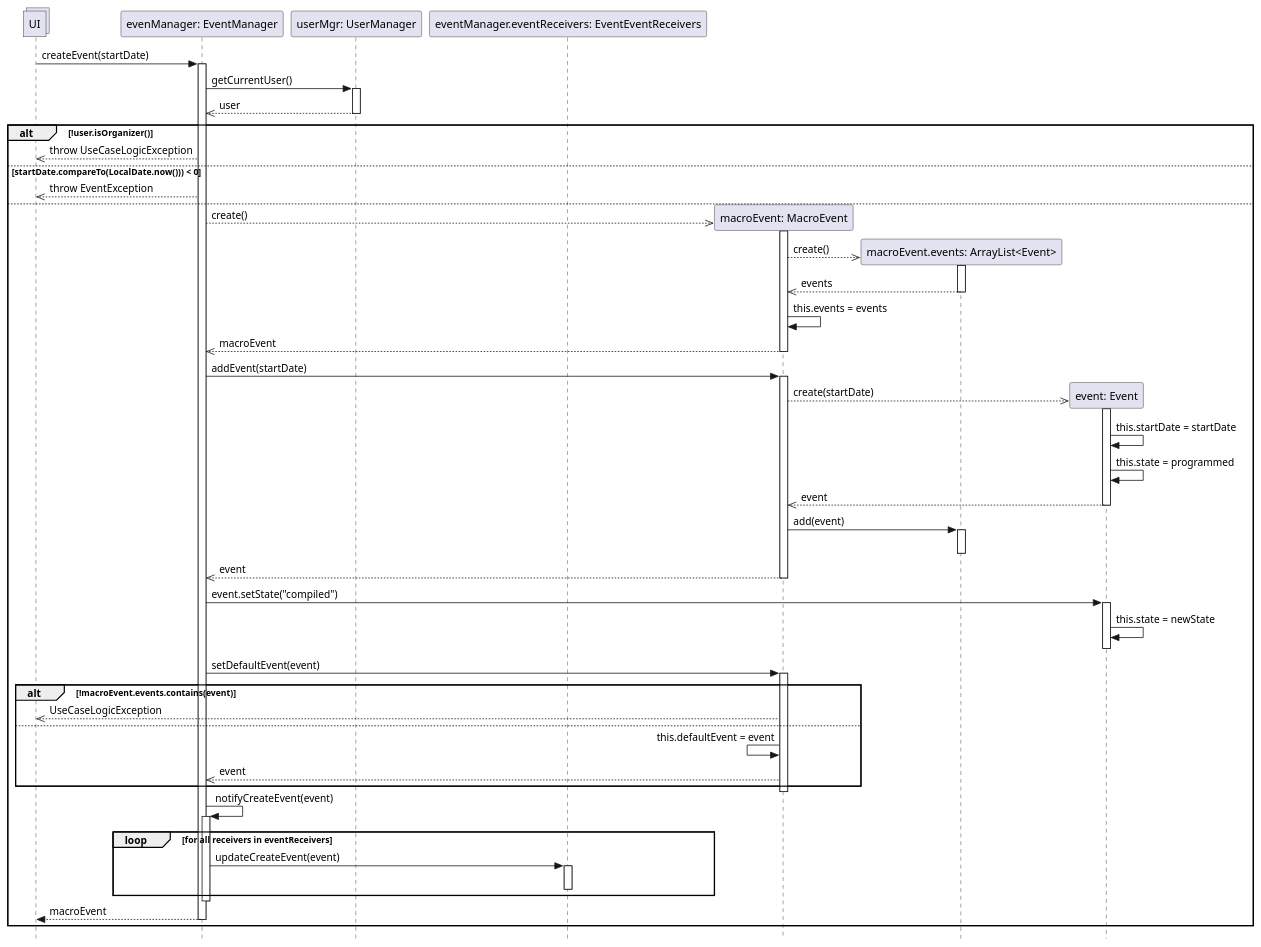
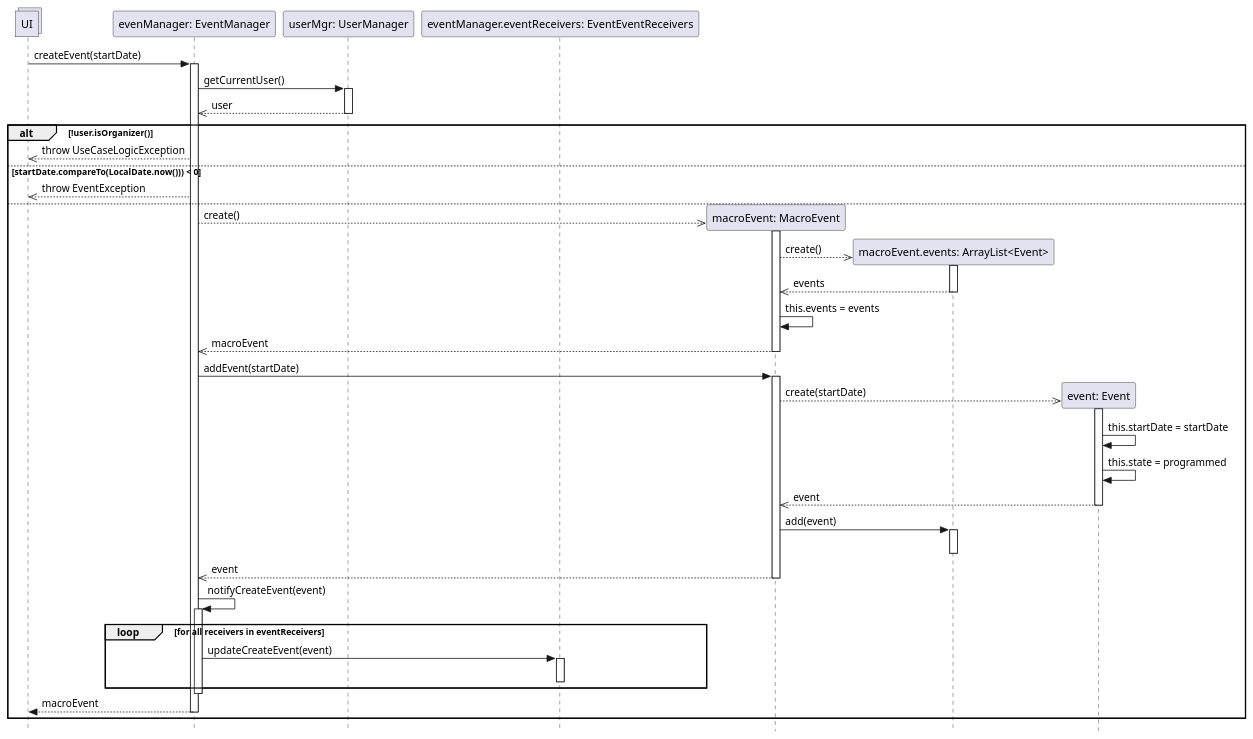
The diagram in UP/Progettazione/UC Gestire Eventi/DSD/DSD Operazione 1.puml (stefa168/sas-project), drawn with PlantUML before and after one commit. The commit also changed 2 other files, not shown here.

```diff
--- a/UP/Progettazione/UC Gestire Eventi/DSD/DSD Operazione 1.puml
+++ b/UP/Progettazione/UC Gestire Eventi/DSD/DSD Operazione 1.puml
@@ -1,75 +1,59 @@
 @startuml
 skinparam Style strictuml
 
 collections UI
 participant "evenManager: EventManager" as em
 participant "userMgr: UserManager" as um
 participant "eventManager.eventReceivers: EventEventReceivers" as eer
 
 UI -> em: createEvent(startDate)
 activate em
     em -> um: getCurrentUser()
     activate um
         em <<-- um: user
     deactivate um
 
     alt !user.isOrganizer()
         UI <<-- em: throw UseCaseLogicException
     else startDate.compareTo(LocalDate.now())) < 0
         UI <<-- em: throw EventException
     else
         participant "macroEvent: MacroEvent" as maev
         em -->> maev **: create()
         activate maev
             participant "macroEvent.events: ArrayList<Event>" as events
             maev -->> events**:create()
             activate events
                 maev <<-- events: events
             deactivate events
             maev -> maev: this.events = events
             em <<-- maev: macroEvent
         deactivate maev
 
         em -> maev: addEvent(startDate)
         activate maev
             participant "event: Event" as ev
             maev -->> ev **: create(startDate)
             activate ev
                 ev -> ev: this.startDate = startDate
                 ev -> ev: this.state = programmed
                 maev <<-- ev: event
             deactivate ev
             maev -> events: add(event)
             activate events
             deactivate events
             em <<-- maev: event
         deactivate maev
 
-        em -> ev: event.setState("compiled")
-        activate ev
-            ev -> ev: this.state = newState
-            ev -[hidden]> em
-        deactivate ev
-
-        em -> maev : setDefaultEvent(event)
-        activate maev
-            alt !macroEvent.events.contains(event)
-                UI <<-- maev: UseCaseLogicException
-            else
-                maev <- maev: this.defaultEvent = event
-                em <<-- maev: event
-            end
-        deactivate maev
-
         em -> em: notifyCreateEvent(event)
         activate em
             loop for all receivers in eventReceivers
                 em -> eer: updateCreateEvent(event)
                 activate eer
                 deactivate eer
             end
         deactivate em
         return macroEvent
     end
 
 @enduml
```
